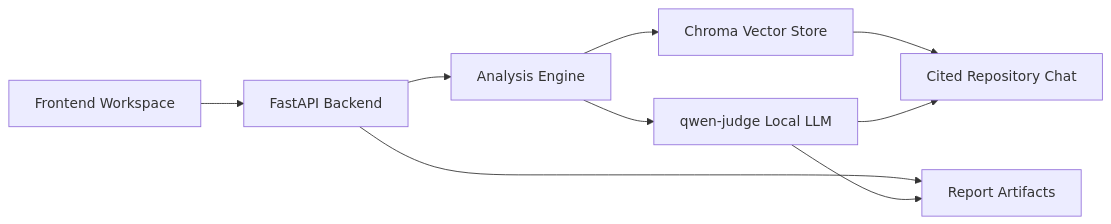
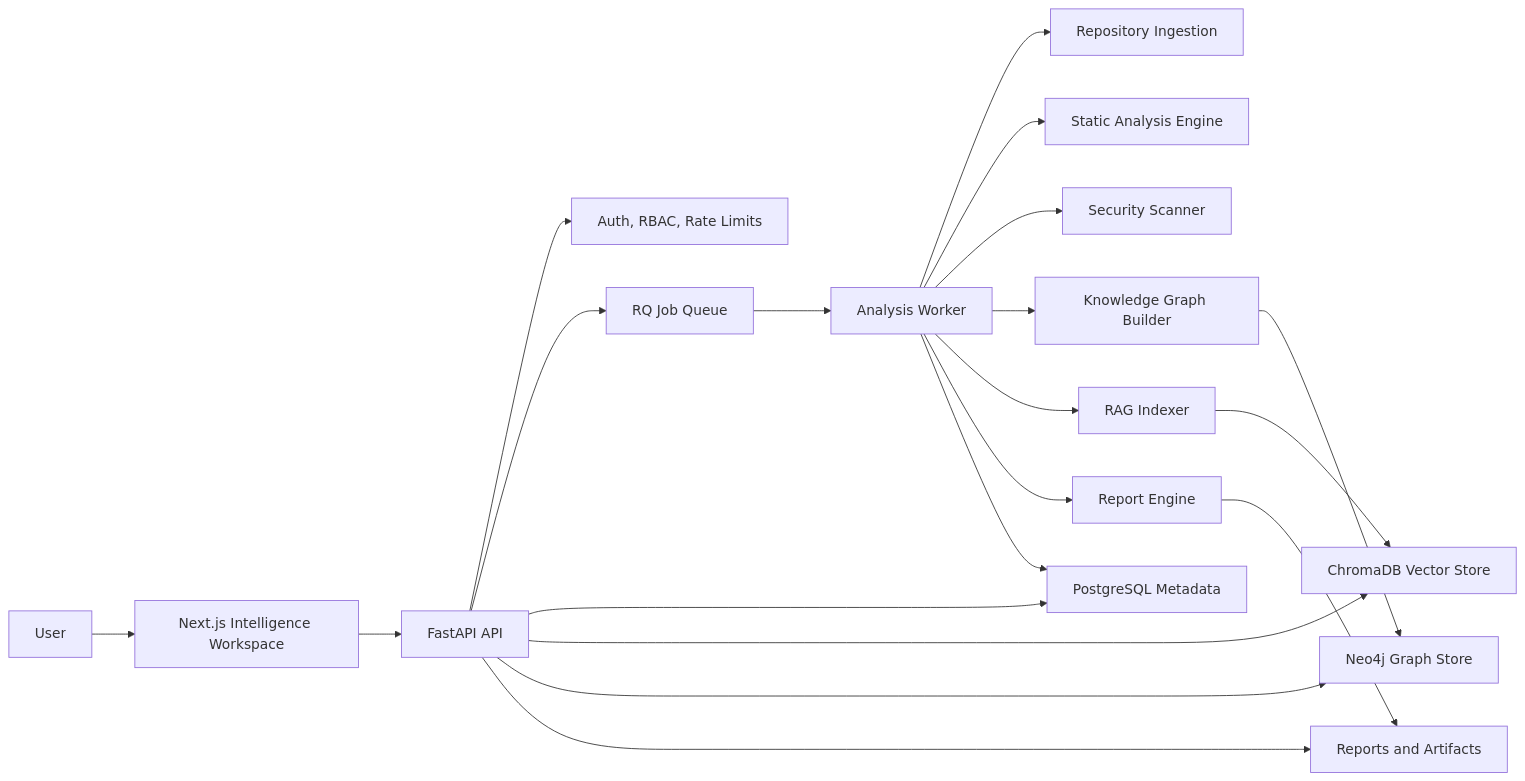
Before and after one commit to ratishoberoi/RepoMindAI: the first of 6 diagrams in README.md, drawn with Mermaid. The commit also changed other lines of this file and 34 other files, not shown here.

````diff
--- a/README.md
+++ b/README.md
@@ -43,11 +147,22 @@
 ```mermaid
 flowchart LR
-  Frontend["Frontend Workspace"] --> Backend["FastAPI Backend"]
-  Backend --> Analysis["Analysis Engine"]
-  Analysis --> Vector["Chroma Vector Store"]
-  Analysis --> LLM["qwen-judge Local LLM"]
-  Backend --> Reports["Report Artifacts"]
-  Vector --> Chat["Cited Repository Chat"]
-  LLM --> Reports
-  LLM --> Chat
+  User["User"] --> Web["Next.js Intelligence Workspace"]
+  Web --> API["FastAPI API"]
+  API --> Auth["Auth, RBAC, Rate Limits"]
+  API --> Jobs["RQ Job Queue"]
+  Jobs --> Worker["Analysis Worker"]
+  Worker --> Ingest["Repository Ingestion"]
+  Worker --> Analyze["Static Analysis Engine"]
+  Worker --> Security["Security Scanner"]
+  Worker --> Graph["Knowledge Graph Builder"]
+  Worker --> RAG["RAG Indexer"]
+  Worker --> Reports["Report Engine"]
+  API --> Store["PostgreSQL Metadata"]
+  API --> Chroma["ChromaDB Vector Store"]
+  API --> Neo4j["Neo4j Graph Store"]
+  API --> Artifacts["Reports and Artifacts"]
+  Worker --> Store
+  Graph --> Neo4j
+  RAG --> Chroma
+  Reports --> Artifacts
 ```
````
